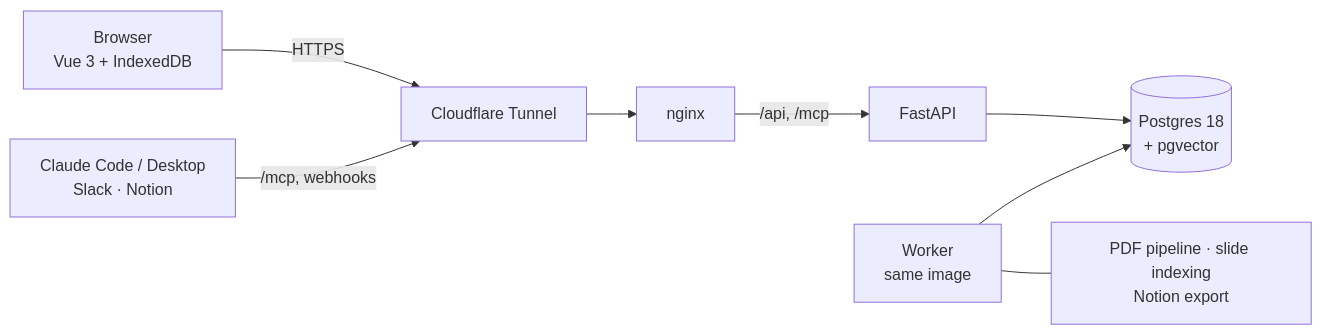
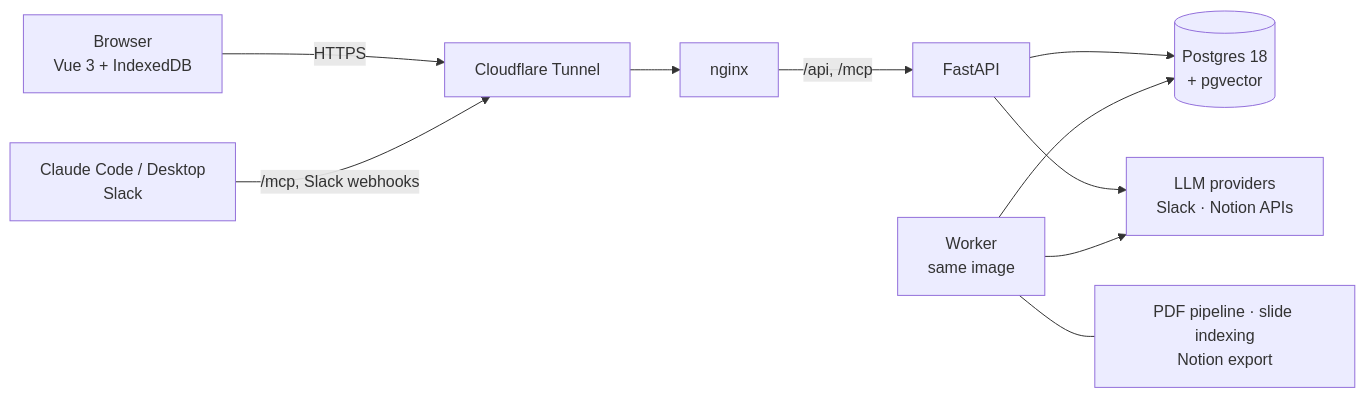
Before and after one commit to ersan-eke/exams: the second of 2 diagrams in README.md, drawn with Mermaid. The commit also changed other lines of this file and 5 other files, not shown here.

````diff
--- a/README.md
+++ b/README.md
@@ -54,10 +93,12 @@
 ```mermaid
 flowchart LR
     B[Browser<br/>Vue 3 + IndexedDB] -->|HTTPS| CF[Cloudflare Tunnel]
-    C[Claude Code / Desktop<br/>Slack · Notion] -->|/mcp, webhooks| CF
+    C[Claude Code / Desktop<br/>Slack] -->|/mcp, Slack webhooks| CF
     CF --> N[nginx]
     N -->|/api, /mcp| A[FastAPI]
     A --> P[(Postgres 18<br/>+ pgvector)]
     W[Worker<br/>same image] --> P
     W --- J[PDF pipeline · slide indexing<br/>Notion export]
+    A --> X[LLM providers<br/>Slack · Notion APIs]
+    W --> X
 ```
````
